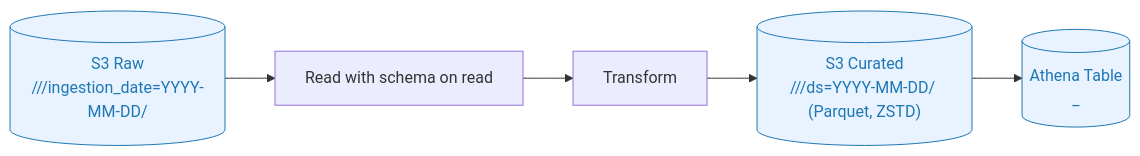
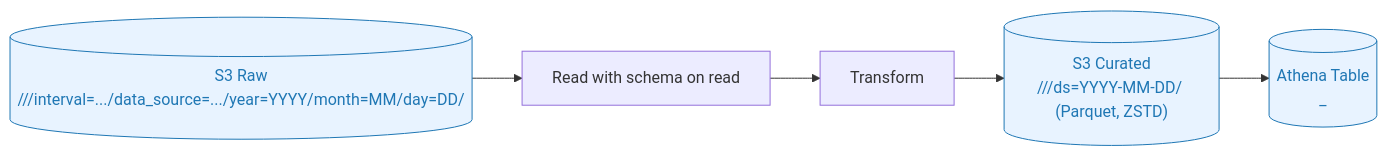
The first of 2 diagrams in docs/diagrams/transform/07-io-and-schema.md (keemgdeok/fin-forge-pipeline), drawn with Mermaid before and after one commit. The commit also changed other lines of this file and 6 other files, not shown here.

````diff
--- a/docs/diagrams/transform/07-io-and-schema.md
+++ b/docs/diagrams/transform/07-io-and-schema.md
@@ -3,10 +3,10 @@
 ```mermaid
 flowchart LR
-  RAW[("S3 Raw<br/>/<domain>/<table>/ingestion_date=YYYY-MM-DD/")] --> READ["Read with schema on read"]
+  RAW[("S3 Raw<br/>/<domain>/<table>/interval=.../data_source=.../year=YYYY/month=MM/day=DD/")] --> READ["Read with schema on read"]
   READ --> XFORM["Transform"]
   XFORM --> CUR[("S3 Curated<br/>/<domain>/<table>/ds=YYYY-MM-DD/ (Parquet, ZSTD)")]
   CUR --> ATH[("Athena Table<br/><domain>_<table>")]
 
   classDef store fill:#e8f3ff,stroke:#1f77b4,color:#1f77b4;
   class RAW,CUR,ATH store;
 ```
````
